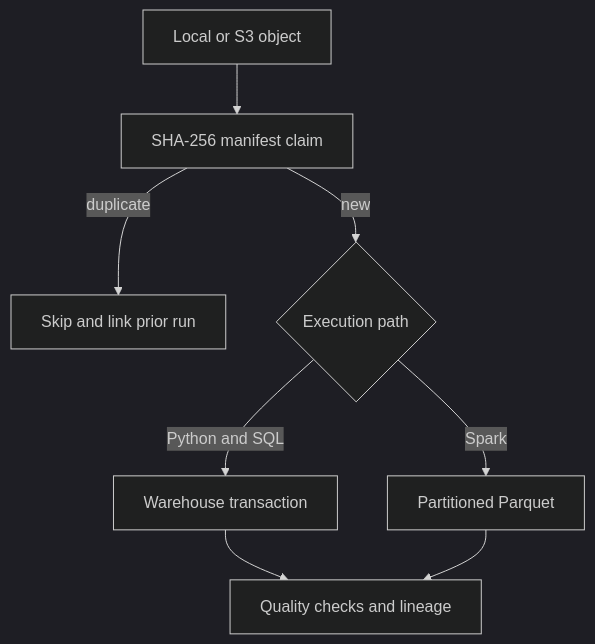
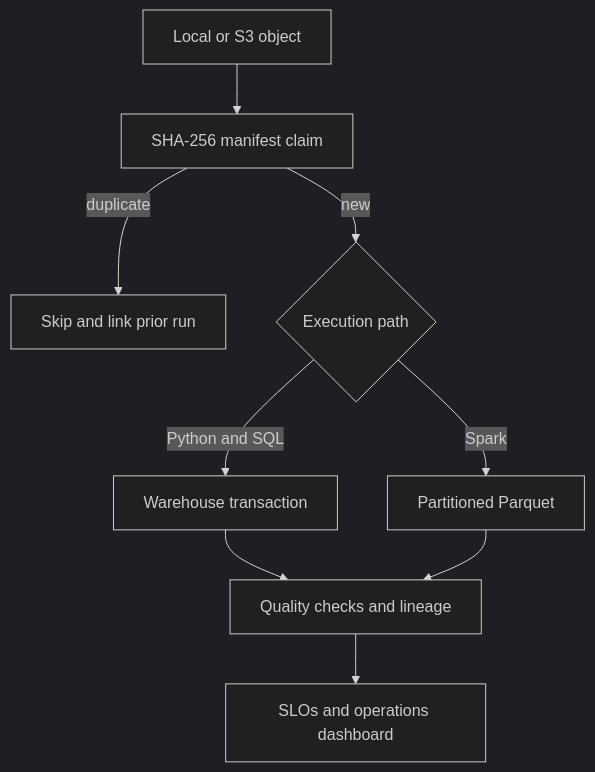
The diagram in docs/architecture.md (kdgmax/production-data-platform), drawn with Mermaid (dark theme) before and after one commit. The commit also changed other lines of this file and 7 other files, not shown here.

````diff
--- a/docs/architecture.md
+++ b/docs/architecture.md
@@ -12,10 +12,11 @@
 ```mermaid
 flowchart TD
     A["Local or S3 object"] --> B["SHA-256 manifest claim"]
     B -->|duplicate| C["Skip and link prior run"]
     B -->|new| D{"Execution path"}
     D -->|Python and SQL| E["Warehouse transaction"]
     D -->|Spark| F["Partitioned Parquet"]
     E --> G["Quality checks and lineage"]
     F --> G
+    G --> H["SLOs and operations dashboard"]
 ```
````
